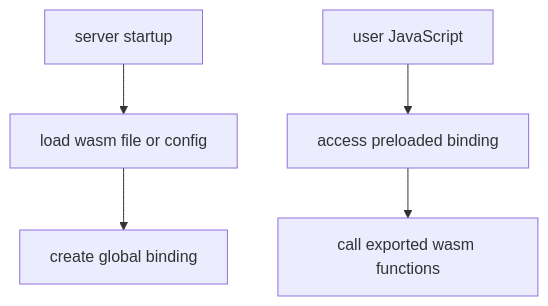
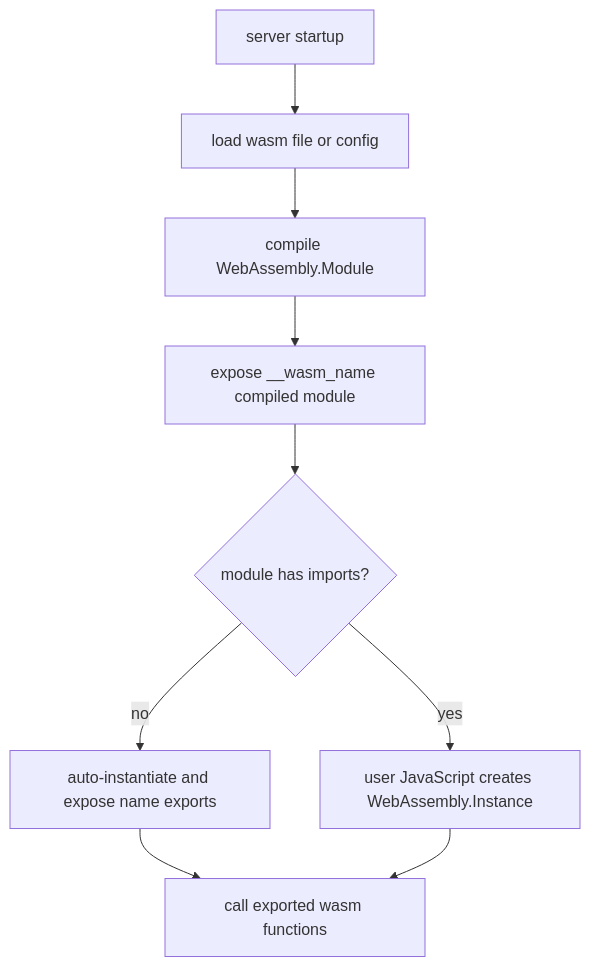
Before and after one commit to r33drichards/mcp-js: the diagram in site-docs/concepts/wasm-and-native-modules.md, drawn with Mermaid. The commit also changed other lines of this file and 1 other file, not shown here.

````diff
--- a/site-docs/concepts/wasm-and-native-modules.md
+++ b/site-docs/concepts/wasm-and-native-modules.md
@@ -11,7 +11,11 @@
 ```mermaid
 flowchart TD
   A[server startup] --> B[load wasm file or config]
-  B --> C[create global binding]
-  D[user JavaScript] --> E[access preloaded binding]
-  E --> F[call exported wasm functions]
+  B --> C[compile WebAssembly.Module]
+  C --> D[expose __wasm_name compiled module]
+  D --> E{module has imports?}
+  E -->|no| F[auto-instantiate and expose name exports]
+  E -->|yes| G[user JavaScript creates WebAssembly.Instance]
+  F --> H[call exported wasm functions]
+  G --> H
 ```
````
